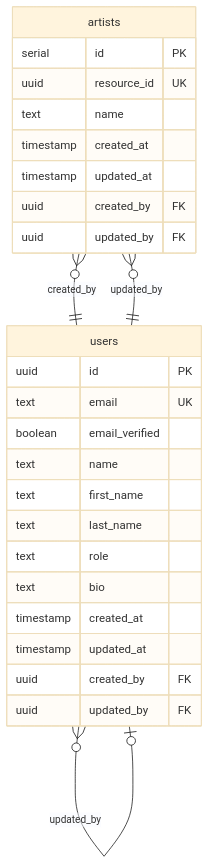
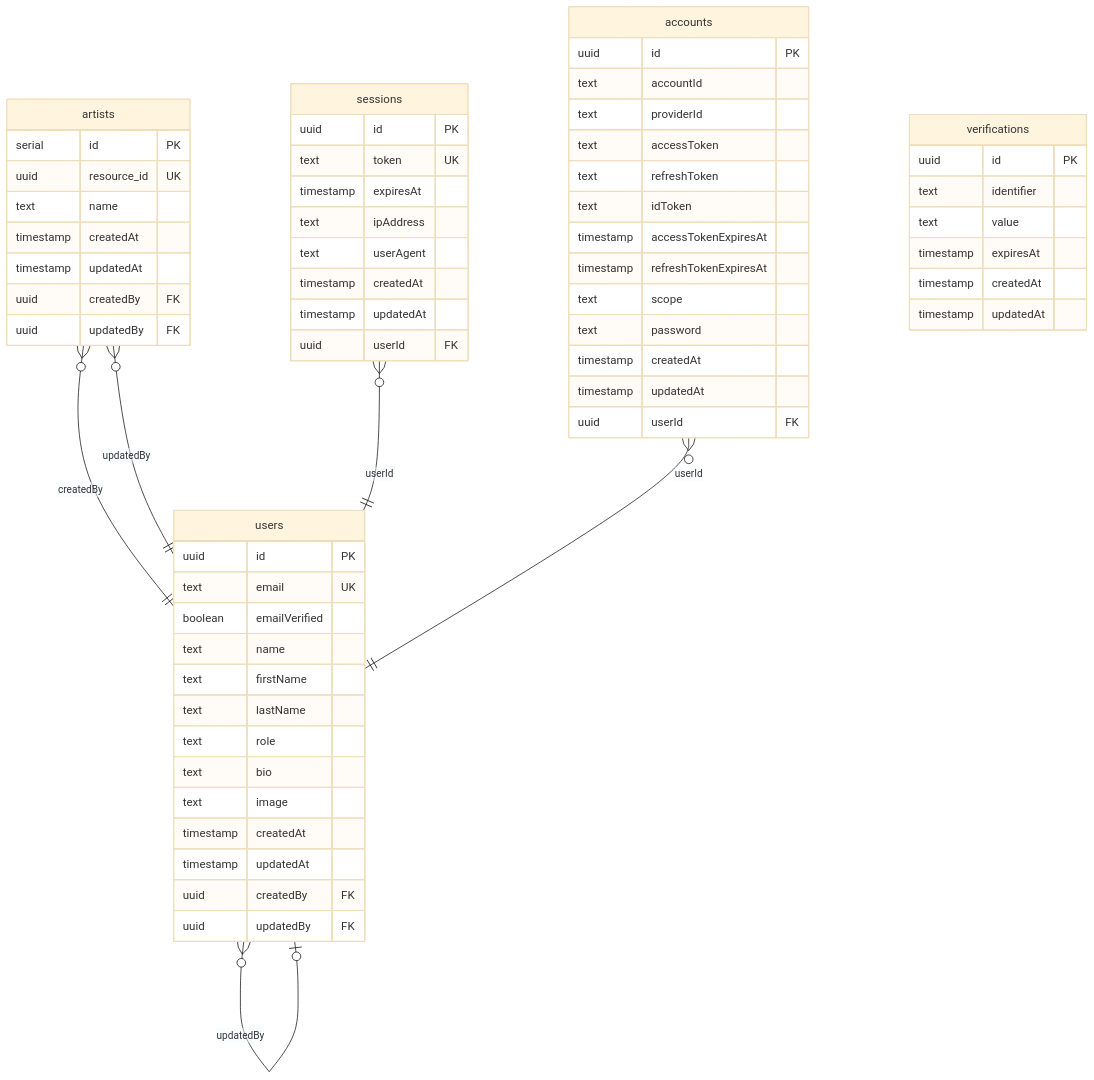
One commit to gleneseo/song-lists changed the diagram in docs/db/schema.md. Above: the diagram before and after it, drawn with Mermaid (base theme). The commit also changed other lines of this file and 28 other files, not shown here.

````diff
--- a/docs/db/schema.md
+++ b/docs/db/schema.md
@@ -79,31 +183,67 @@
 ```mermaid
 erDiagram
-    artists }o--|| users : "created_by"
-    artists }o--|| users : "updated_by"
-    users }o--o| users : "created_by"
-    users }o--o| users : "updated_by"
+    users }o--o| users : "createdBy"
+    users }o--o| users : "updatedBy"
+    artists }o--|| users : "createdBy"
+    artists }o--|| users : "updatedBy"
+    sessions }o--|| users : "userId"
+    accounts }o--|| users : "userId"
 
+    accounts {
+        uuid id PK
+        text accountId
+        text providerId
+        text accessToken
+        text refreshToken
+        text idToken
+        timestamp accessTokenExpiresAt
+        timestamp refreshTokenExpiresAt
+        text scope
+        text password
+        timestamp createdAt
+        timestamp updatedAt
+        uuid userId FK
+    }
     artists {
         serial id PK
         uuid resource_id UK
         text name
-        timestamp created_at
-        timestamp updated_at
-        uuid created_by FK
-        uuid updated_by FK
+        timestamp createdAt
+        timestamp updatedAt
+        uuid createdBy FK
+        uuid updatedBy FK
+    }
+    sessions {
+        uuid id PK
+        text token UK
+        timestamp expiresAt
+        text ipAddress
+        text userAgent
+        timestamp createdAt
+        timestamp updatedAt
+        uuid userId FK
     }
     users {
         uuid id PK
         text email UK
-        boolean email_verified
+        boolean emailVerified
         text name
-        text first_name
-        text last_name
+        text firstName
+        text lastName
         text role
         text bio
-        timestamp created_at
-        timestamp updated_at
-        uuid created_by FK
-        uuid updated_by FK
+        text image
+        timestamp createdAt
+        timestamp updatedAt
+        uuid createdBy FK
+        uuid updatedBy FK
+    }
+    verifications {
+        uuid id PK
+        text identifier
+        text value
+        timestamp expiresAt
+        timestamp createdAt
+        timestamp updatedAt
     }
 ```
````
